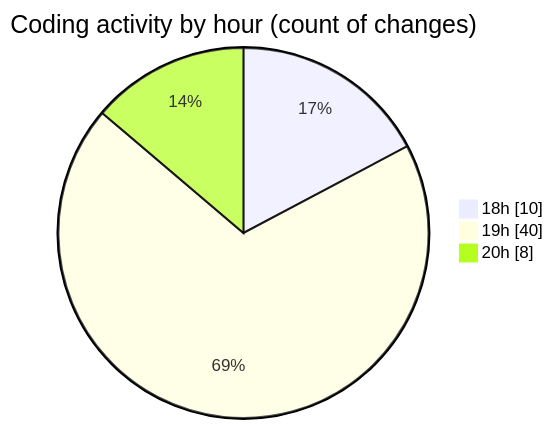
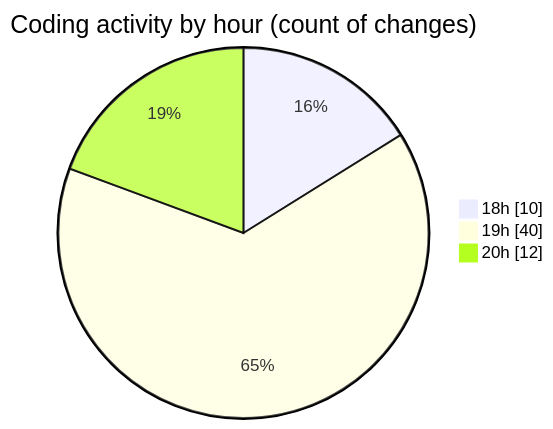
One commit to Netris89/code-tracking changed the second of 2 diagrams in 2025-03-29/back-end/README.md. Above: the diagram before and after it, drawn with Mermaid. The commit also changed other lines of this file and 1 other file, not shown here.

````diff
--- a/2025-03-29/back-end/README.md
+++ b/2025-03-29/back-end/README.md
@@ -31,7 +31,7 @@
 ```mermaid
 pie showData
 title Coding activity by hour (count of changes)
 "18h" : 10
 "19h" : 40
-"20h" : 8
+"20h" : 12
 ```
````
